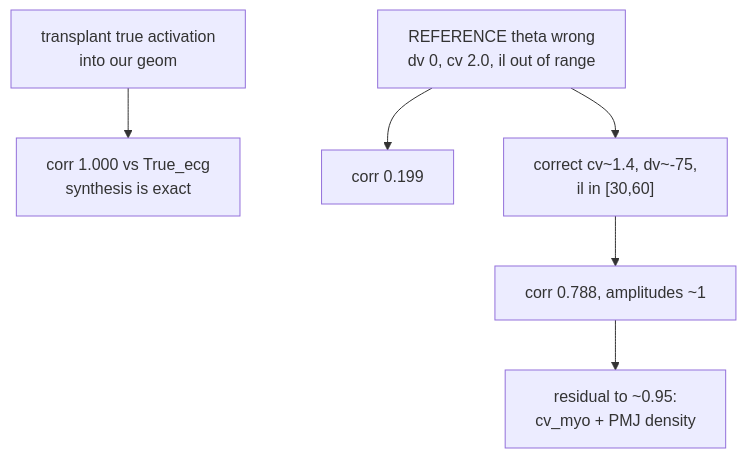
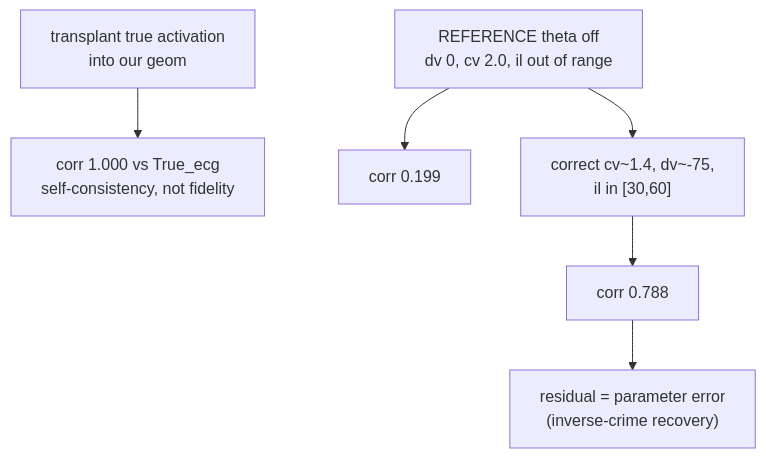
One commit to ricardogr07/ecg-purkinje-npe changed the fourth of 5 diagrams in docs/architecture.md. Above: the diagram before and after it, drawn with Mermaid. The commit also changed other lines of this file and 3 other files, not shown here.

````diff
--- a/docs/architecture.md
+++ b/docs/architecture.md
@@ -91,8 +91,8 @@
 ```mermaid
 flowchart TD
-  TA["transplant true activation<br/>into our geom"] --> C1000["corr 1.000 vs True_ecg<br/>synthesis is exact"]
-  RT["REFERENCE theta wrong<br/>dv 0, cv 2.0, il out of range"] --> R02["corr 0.199"]
+  TA["transplant true activation<br/>into our geom"] --> C1000["corr 1.000 vs True_ecg<br/>self-consistency, not fidelity"]
+  RT["REFERENCE theta off<br/>dv 0, cv 2.0, il out of range"] --> R02["corr 0.199"]
   RT --> FIX["correct cv~1.4, dv~-75,<br/>il in [30,60]"]
-  FIX --> R08["corr 0.788, amplitudes ~1"]
-  R08 --> RES["residual to ~0.95:<br/>cv_myo + PMJ density"]
+  FIX --> R08["corr 0.788"]
+  R08 --> RES["residual = parameter error<br/>(inverse-crime recovery)"]
 ```
````
